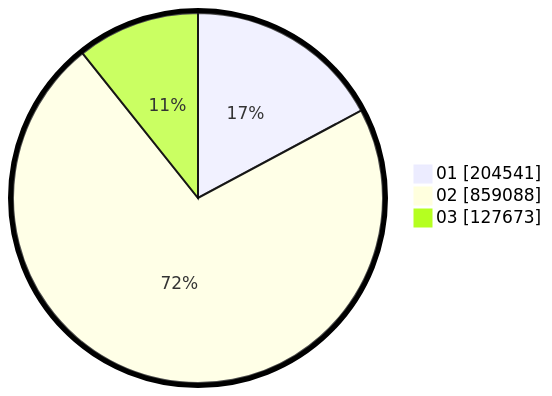
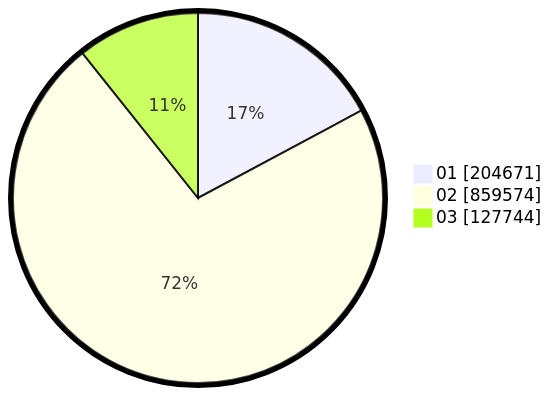
Before and after one commit to gigit-pemilu/pemilu-2024: the second of 2 diagrams in pilpres/hitung-suara/sub/table-wilayah-62.md, drawn with Mermaid. The commit also changed other lines of this file and 11 other files, not shown here.

````diff
--- a/pilpres/hitung-suara/sub/table-wilayah-62.md
+++ b/pilpres/hitung-suara/sub/table-wilayah-62.md
@@ -15,7 +15,7 @@
 ```mermaid
 %%{init: {"pie": {"textPosition": 0.5}, "themeVariables": {"pieOuterStrokeWidth": "5px"}} }%%
 pie showData
-    "01" : 204541
-    "02" : 859088
-    "03" : 127673
+    "01" : 204671
+    "02" : 859574
+    "03" : 127744
 ```
````
